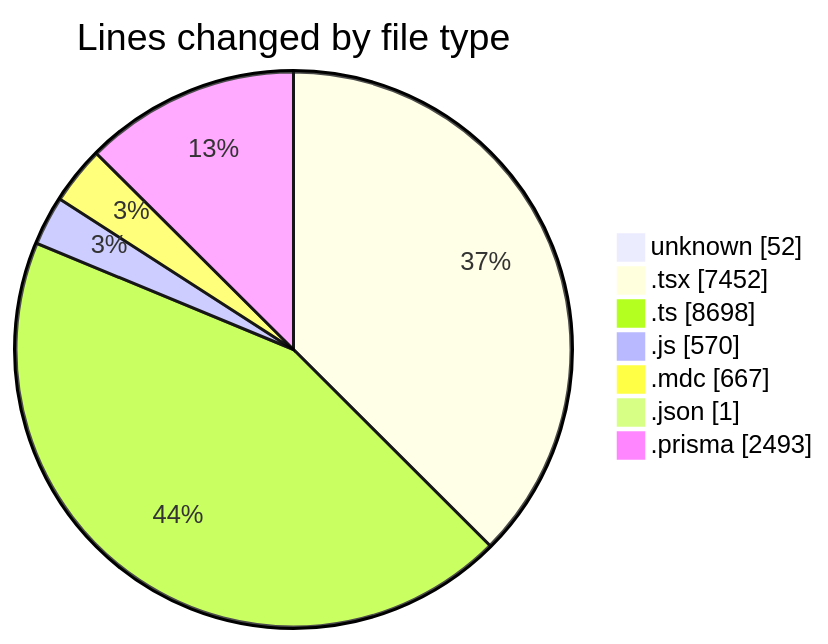
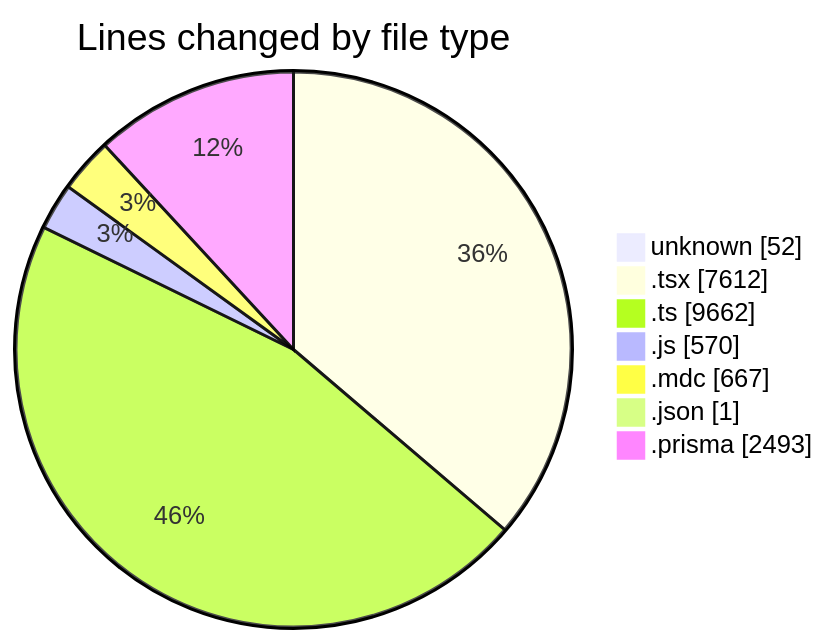
One commit to CELIANVF/code-tracking changed the first of 2 diagrams in 2025-06-02/ecodeli-1/README.md. Above: the diagram before and after it, drawn with Mermaid. The commit also changed other lines of this file and 1 other file, not shown here.

````diff
--- a/2025-06-02/ecodeli-1/README.md
+++ b/2025-06-02/ecodeli-1/README.md
@@ -81,11 +85,11 @@
 ```mermaid
 pie showData
 title Lines changed by file type
 "unknown" : 52
-".tsx" : 7452
-".ts" : 8698
+".tsx" : 7612
+".ts" : 9662
 ".js" : 570
 ".mdc" : 667
 ".json" : 1
 ".prisma" : 2493
 ```
````
